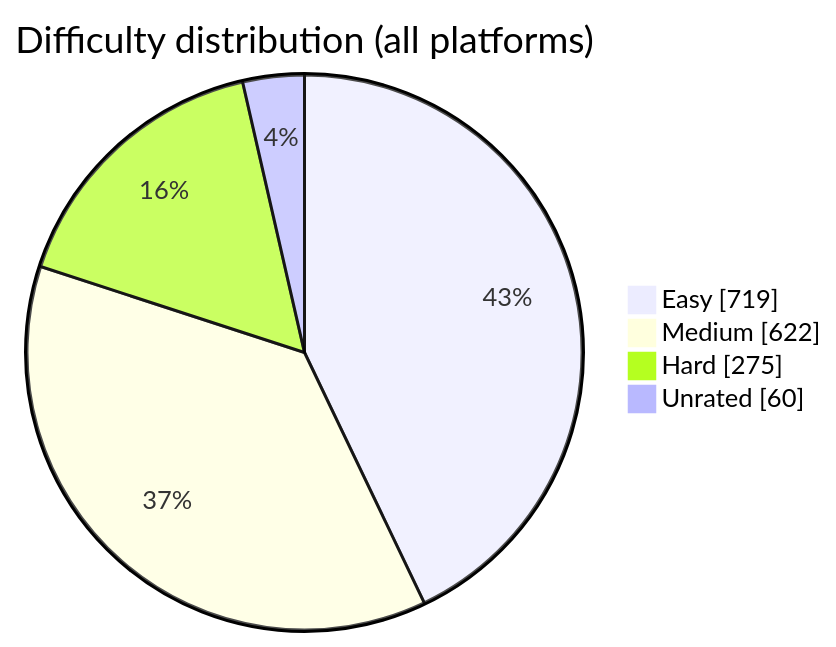
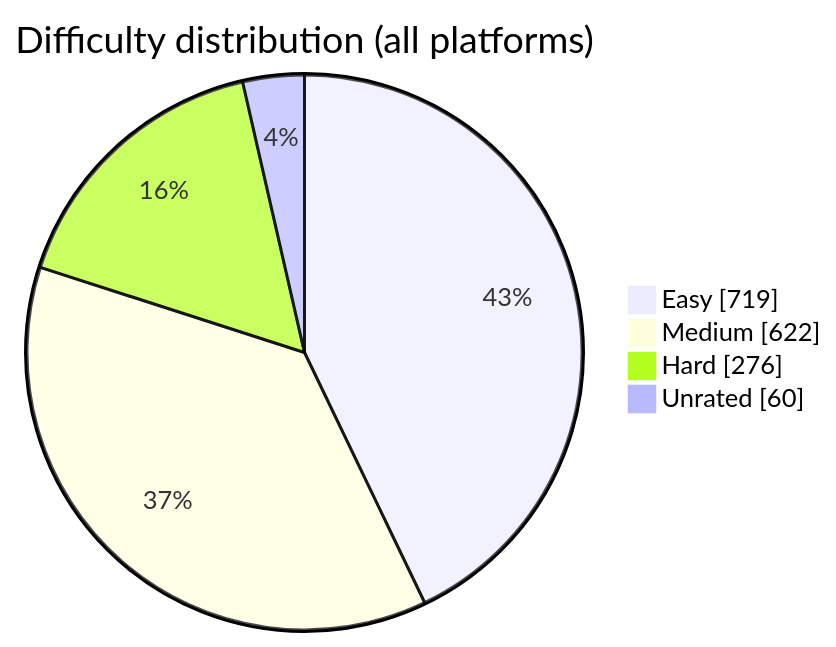
Before and after one commit to BuildbyArindam/Daily-Coding-Log: the diagram in README.md, drawn with Mermaid. The commit also changed other lines of this file, not shown here.

````diff
--- a/README.md
+++ b/README.md
@@ -93,7 +93,7 @@
 ```mermaid
 pie showData title Difficulty distribution (all platforms)
     "Easy" : 719
     "Medium" : 622
-    "Hard" : 275
+    "Hard" : 276
     "Unrated" : 60
 ```
````
